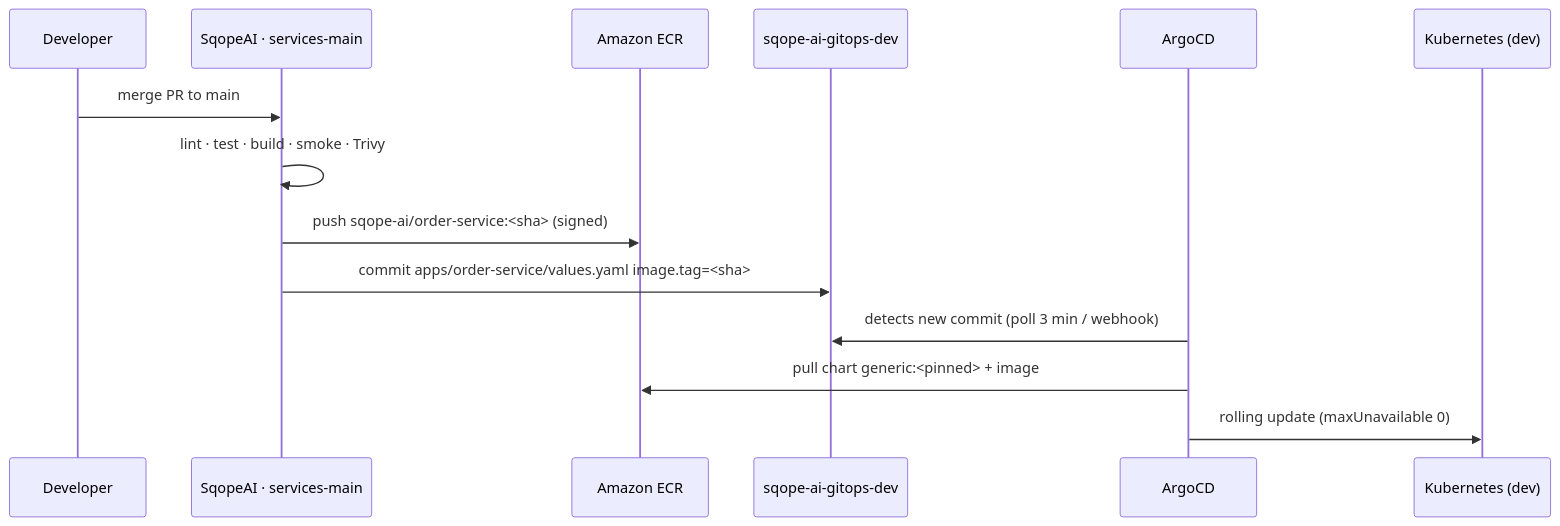
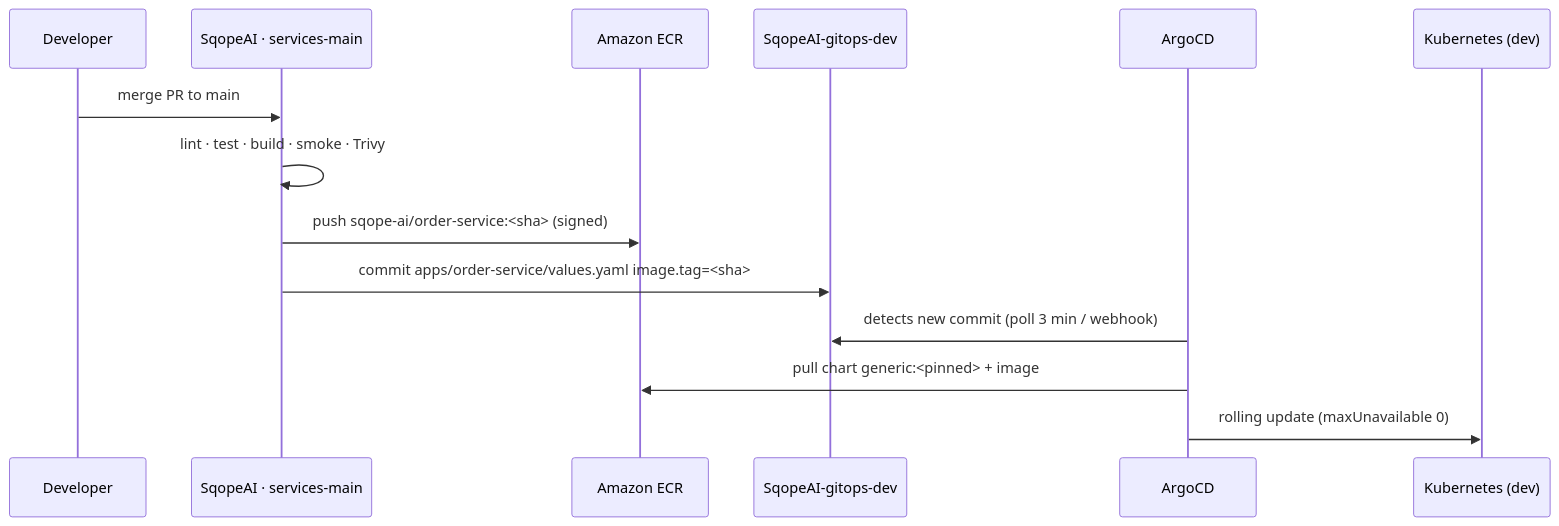
The diagram in README.md (gologolo24/SqopeAI-gitops-dev), drawn with Mermaid before and after one commit. The commit also changed other lines of this file and 3 other files, not shown here.

First line of the commit message:
chore: rename repos to SqopeAI-infra and SqopeAI-gitops-dev

````diff
--- a/README.md
+++ b/README.md
@@ -36,16 +36,16 @@
 ```mermaid
 sequenceDiagram
     participant Dev as Developer
     participant CI as SqopeAI · services-main
     participant ECR as Amazon ECR
-    participant Git as sqope-ai-gitops-dev
+    participant Git as SqopeAI-gitops-dev
     participant Argo as ArgoCD
     participant K8s as Kubernetes (dev)
     Dev->>CI: merge PR to main
     CI->>CI: lint · test · build · smoke · Trivy
     CI->>ECR: push sqope-ai/order-service:<sha> (signed)
     CI->>Git: commit apps/order-service/values.yaml image.tag=<sha>
     Argo->>Git: detects new commit (poll 3 min / webhook)
     Argo->>ECR: pull chart generic:<pinned> + image
     Argo->>K8s: rolling update (maxUnavailable 0)
 ```
````
